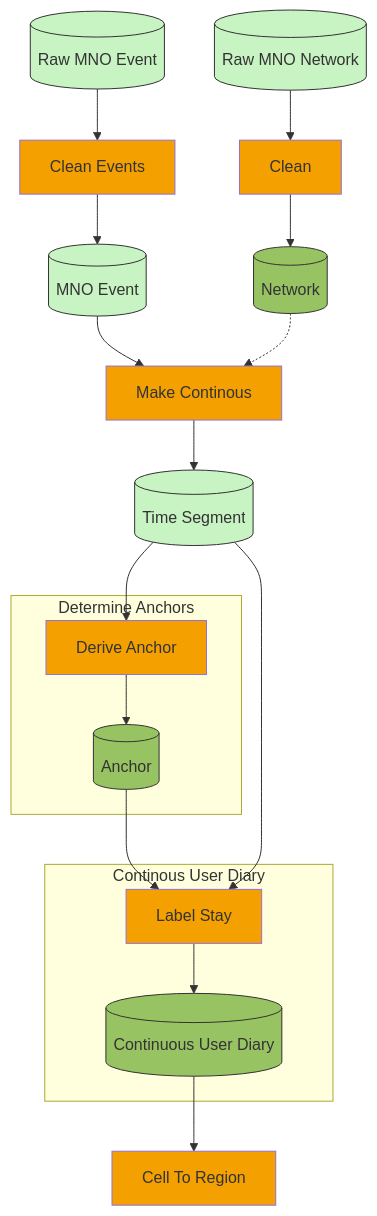
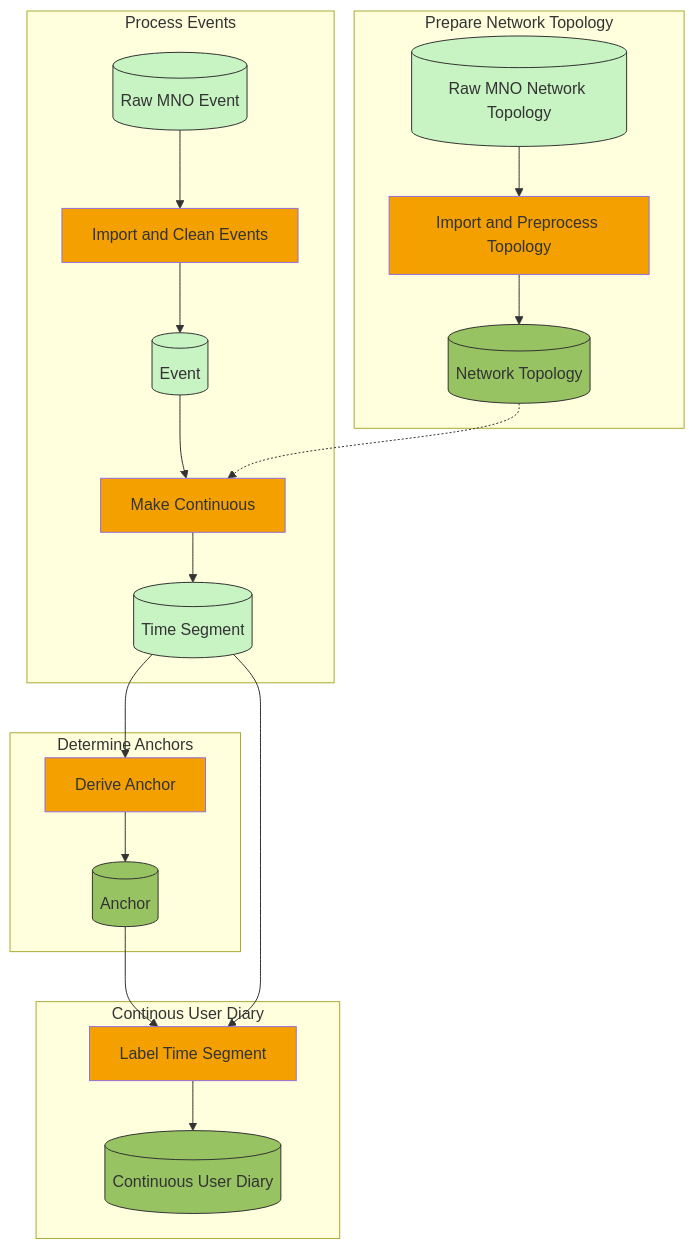
Before and after one commit to djvanderlaan/pipeline: the first of 2 diagrams in overall.md, drawn with Mermaid. The commit also changed other lines of this file, not shown here.

````diff
--- a/overall.md
+++ b/overall.md
@@ -27,44 +14,45 @@
 ```mermaid
 
 flowchart TD
 
 classDef data fill:#033d59,stroke-width:1px, color:#333333;
 classDef process fill:#f3a000,stroke-width:1px,color:#333333;
 classDef db fill:#c8f3c3,stroke:#333333,color:#333333;
 classDef db_rest fill:#98c363,stroke:#333333,color:#333333;
 
 RawEvent[("Raw MNO Event")]:::db
-Event[("MNO Event")]:::db
+Event[("Event")]:::db
 anchor_db[("Anchor")]:::db_rest
 cud_db[("Continuous User Diary")]:::db_rest
 TimeSegment[("Time Segment")]:::db
 
 derive_achor["Derive Anchor"]:::process
-make_cont["Make Continous"]:::process
-label["Label Stay"]:::process
-clean_up["Clean Events"]:::process
+make_cont["Make Continuous"]:::process
+label["Label Time Segment"]:::process
+clean_up["Import and Clean Events"]:::process
 
-RawEvent --> clean_up --> Event
-Event --> make_cont --> TimeSegment
+subgraph proces_events["Process Events"]
+  RawEvent --> clean_up --> Event
+  Event --> make_cont --> TimeSegment
+end
 
 TimeSegment --> derive_achor
 subgraph Anchor["Determine Anchors"]
   derive_achor --> anchor_db
 end
 
 anchor_db --> label
 TimeSegment --> label
 subgraph cud["Continous User Diary"]
   label --> cud_db
 end
 
-cells_to_region["Cell To Region"]:::process
-cud_db --> cells_to_region
+subgraph preprocessnetwork["Prepare Network Topology"]
+  RawNetwork[("Raw MNO Network Topology")]:::db
+  Network[("Network Topology")]:::db_rest
+  clean_network["Import and Preprocess Topology"]:::process
 
-RawNetwork[("Raw MNO Network")]:::db
-Network[("Network")]:::db_rest
-clean_network["Clean"]:::process
-
-Network -.-> make_cont
-RawNetwork --> clean_network --> Network
+  Network -.-> make_cont
+  RawNetwork --> clean_network --> Network
+end
 ```
````
